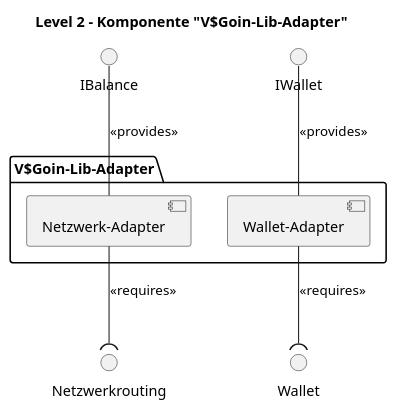
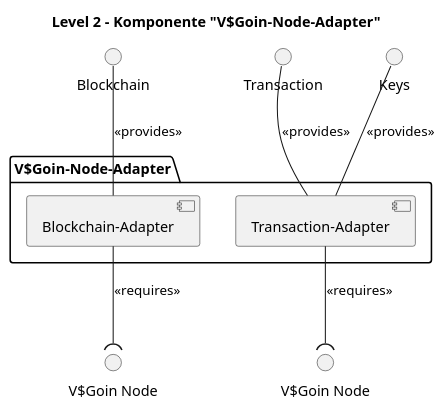
One commit to bjoern621/VSP-Blockchain changed the fourth of 4 diagrams in docs/arc42/arc42-Api/API.md. Above: the diagram before and after it, drawn with PlantUML. The commit also changed other lines of this file, not shown here.

Commit message:
Wechsel von Library zu lokaler Node

`````diff
--- a/docs/arc42/arc42-Api/API.md
+++ b/docs/arc42/arc42-Api/API.md
@@ -401,22 +376,24 @@
     ````plantuml
     @startuml
-    title Level 2 – Komponente "V$Goin-Lib-Adapter"
+    title Level 2 – Komponente "V$Goin-Node-Adapter"
     
     skinparam interfaceStyle uml
     
-    package "V$Goin-Lib-Adapter" {
+    package "V$Goin-Node-Adapter" {
     
-        component "Wallet-Adapter" as WalletAdapter
+        component "Transaction-Adapter" as WalletAdapter
     
-        component "Netzwerk-Adapter" as NetworkAdapter
+        component "Blockchain-Adapter" as NetworkAdapter
     }
-    interface "Wallet" as IBalanceReq
-    WalletAdapter -down-( IBalanceReq : <<requires>>
-    interface "Netzwerkrouting" as IKeyReq
-    NetworkAdapter --down( IKeyReq : <<requires>>
-    interface "IWallet" as IKeyProv
+    interface "V$Goin Node" as Node
+    interface "V$Goin Node" as Node2
+    WalletAdapter -down-( Node : <<requires>>
+    NetworkAdapter --down( Node2 : <<requires>>
+    interface "Keys" as IKeyProv
     WalletAdapter -up- IKeyProv : <<provides>>
-    interface "IBalance" as IBalanceProv
+    interface "Transaction" as TransactionProv
+    WalletAdapter -up- TransactionProv : <<provides>>
+    interface "Blockchain" as IBalanceProv
     NetworkAdapter -up- IBalanceProv : <<provides>>
     @enduml
     ````
`````
